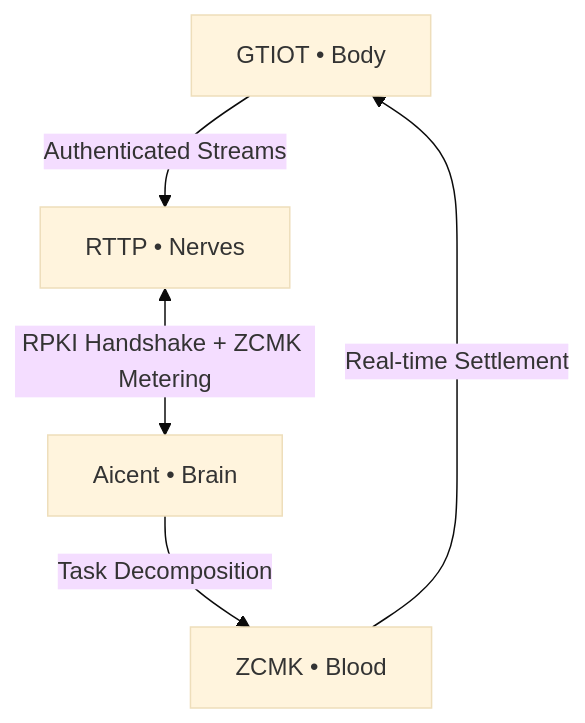
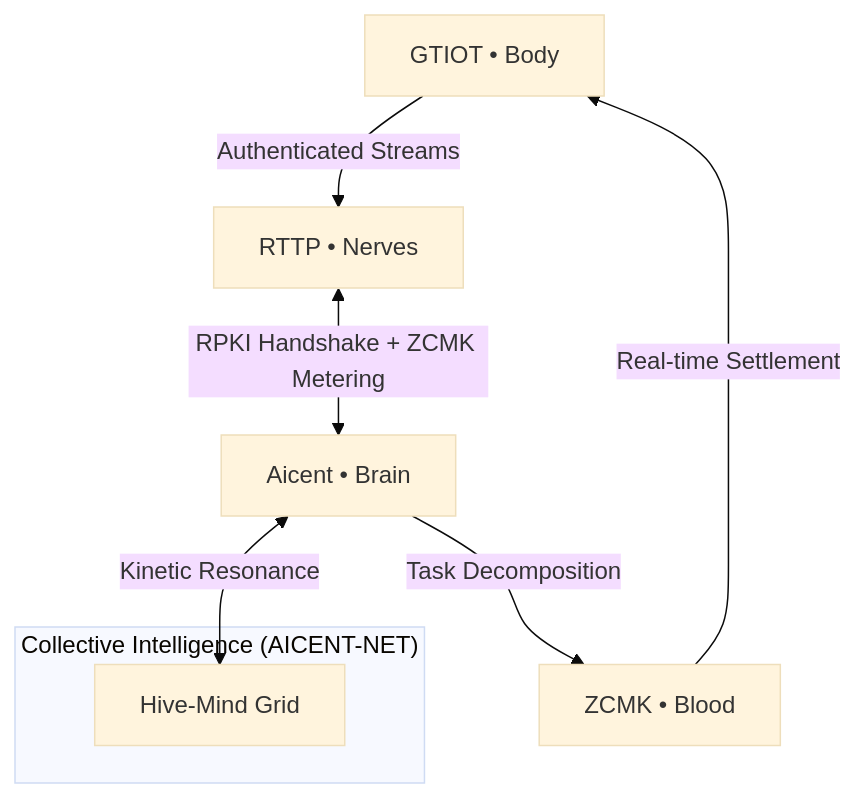
Before and after one commit to Aicent-Stack/aicent-stack: the diagram in README.md, drawn with Mermaid (base theme). The commit also changed other lines of this file, not shown here.

````diff
--- a/README.md
+++ b/README.md
@@ -72,7 +73,12 @@
 ```mermaid
 graph TD
+    subgraph "Collective Intelligence (AICENT-NET)"
+        H[Hive-Mind Grid]
+    end
+
     G[GTIOT • Body] -->|Authenticated Streams| R[RTTP • Nerves]
     R <-->|RPKI Handshake + ZCMK Metering| A[Aicent • Brain]
+    A <-->|Kinetic Resonance| H
     A -->|Task Decomposition| Z[ZCMK • Blood]
     Z -->|Real-time Settlement| G
 ```
````
